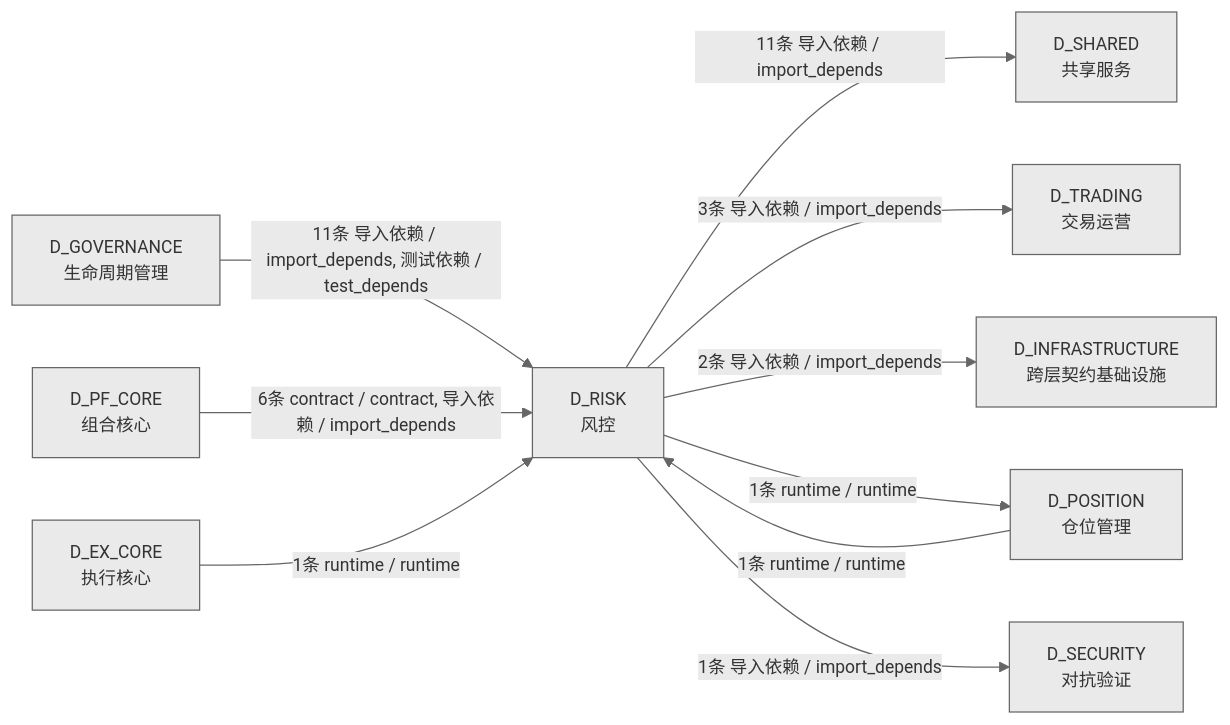
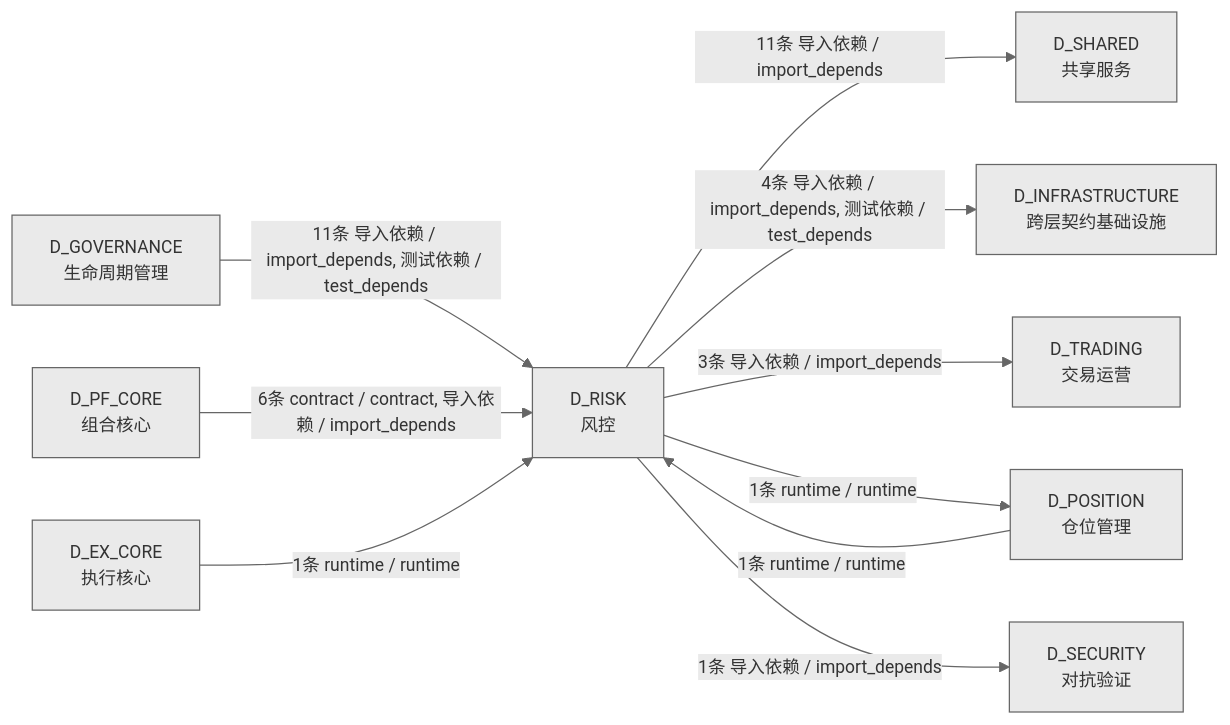
Before and after one commit to xuanFelixVan/ZephyrAlpha: the fourth of 4 diagrams in docs/02_enterprise_architecture/02_domain_architecture_docs/65_d_risk.md, drawn with Mermaid. The commit also changed other lines of this file and 45 other files, not shown here.

````diff
--- a/docs/02_enterprise_architecture/02_domain_architecture_docs/65_d_risk.md
+++ b/docs/02_enterprise_architecture/02_domain_architecture_docs/65_d_risk.md
@@ -342,22 +406,22 @@
 ```mermaid
 %%{init: {'theme': 'base', 'themeVariables': {'primaryColor': '#eaeaea', 'primaryTextColor': '#333333', 'primaryBorderColor': '#666666', 'lineColor': '#666666', 'secondaryColor': '#eaeaea', 'tertiaryColor': '#eaeaea', 'fontSize': '14px'}}}%%
 graph LR
     D_RISK["D_RISK<br/>风控"]
     D_SHARED["D_SHARED<br/>共享服务"]
+    D_INFRASTRUCTURE["D_INFRASTRUCTURE<br/>跨层契约基础设施"]
     D_TRADING["D_TRADING<br/>交易运营"]
-    D_INFRASTRUCTURE["D_INFRASTRUCTURE<br/>跨层契约基础设施"]
     D_POSITION["D_POSITION<br/>仓位管理"]
     D_SECURITY["D_SECURITY<br/>对抗验证"]
     D_GOVERNANCE["D_GOVERNANCE<br/>生命周期管理"]
     D_PF_CORE["D_PF_CORE<br/>组合核心"]
     D_EX_CORE["D_EX_CORE<br/>执行核心"]
     D_RISK -->|11条 导入依赖 / import_depends| D_SHARED
+    D_RISK -->|4条 导入依赖 / import_depends, 测试依赖 / test_depends| D_INFRASTRUCTURE
     D_RISK -->|3条 导入依赖 / import_depends| D_TRADING
-    D_RISK -->|2条 导入依赖 / import_depends| D_INFRASTRUCTURE
     D_RISK -->|1条 runtime / runtime| D_POSITION
     D_RISK -->|1条 导入依赖 / import_depends| D_SECURITY
     D_GOVERNANCE -->|11条 导入依赖 / import_depends, 测试依赖 / test_depends| D_RISK
     D_PF_CORE -->|6条 contract / contract, 导入依赖 / import_depends| D_RISK
     D_EX_CORE -->|1条 runtime / runtime| D_RISK
     D_POSITION -->|1条 runtime / runtime| D_RISK
 ```
````
